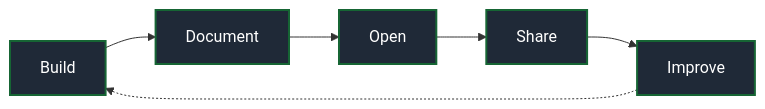
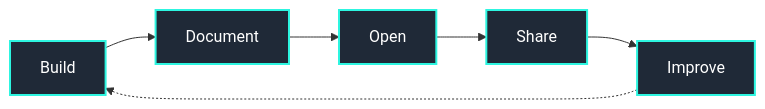
Before and after one commit to StackBlackzada/.github: diagram 15 of 16 in profile/README.md, drawn with Mermaid. The commit also changed other lines of this file, not shown here.

````diff
--- a/profile/README.md
+++ b/profile/README.md
@@ -672,7 +672,7 @@
 ```mermaid
 flowchart LR
     A["Build"] --> B["Document"] --> C["Open"] --> D["Share"] --> E["Improve"]
     E -.-> A
-    classDef d fill:#1F2937,stroke:#166534,color:#fff,stroke-width:2px
+    classDef d fill:#1F2937,stroke:#2DF5E0,color:#fff,stroke-width:2px
     class A,B,C,D,E d
 ```
````
